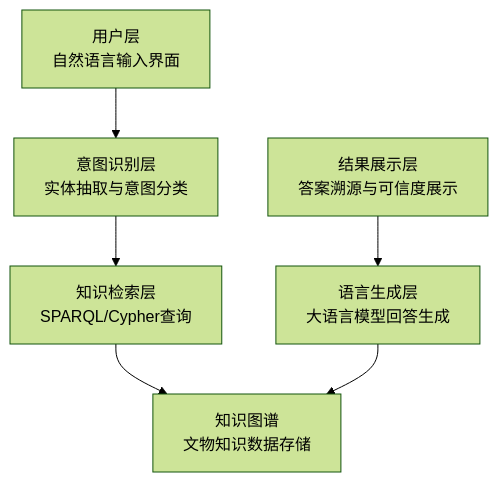
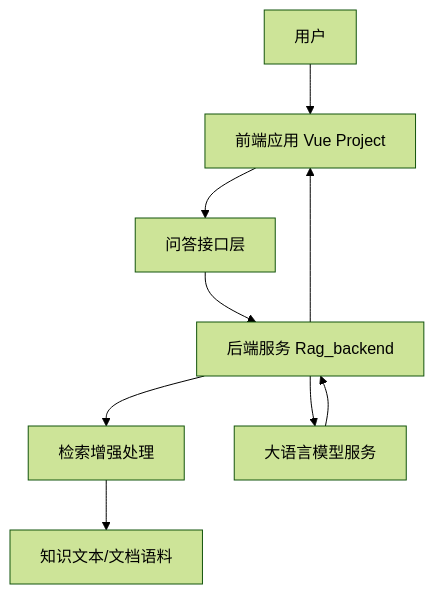
The first of 4 diagrams in documents/设计文档.md (BUCT-CS2301/QAsystem), drawn with Mermaid (forest theme) before and after one commit. The commit also changed other lines of this file, not shown here.

````diff
--- a/documents/设计文档.md
+++ b/documents/设计文档.md
@@ -61,16 +90,11 @@
 ```mermaid
-flowchart TD
-    A[用户层<br/>自然语言输入界面]
-    B[意图识别层<br/>实体抽取与意图分类]
-    C[知识检索层<br/>SPARQL/Cypher查询]
-    D[知识图谱<br/>文物知识数据存储]
-    E[语言生成层<br/>大语言模型回答生成]
-    F[结果展示层<br/>答案溯源与可信度展示]
-
-    A --> B
-    B --> C
-    C --> D
-    F --> E
-    E --> D
-
+flowchart TB
+    U[用户] --> F[前端应用 Vue Project]
+    F --> A[问答接口层]
+    A --> B[后端服务 Rag_backend]
+    B --> C[检索增强处理]
+    C --> D[知识文本/文档语料]
+    B --> E[大语言模型服务]
+    E --> B
+    B --> F
 ```
````
